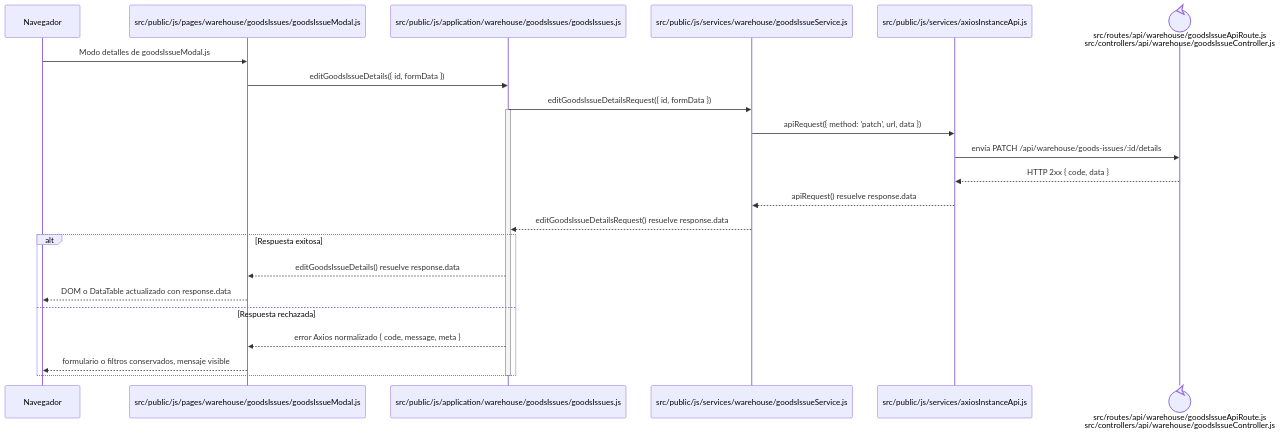
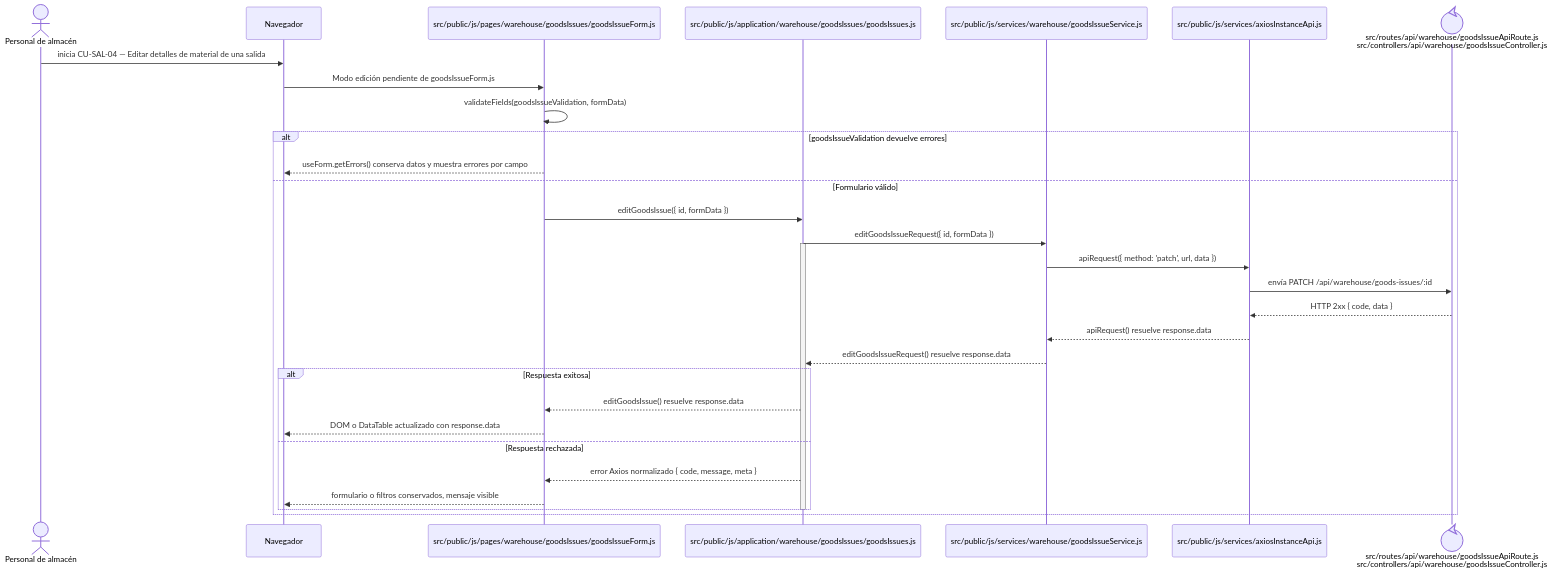
Before and after one commit to gpgsistemas01/nexus: the diagram in docs/architecture/frontend-code-sequences/issues/cu-sal-04.md, drawn with Mermaid. The commit also changed 105 other files, not shown here.

````diff
--- a/docs/architecture/frontend-code-sequences/issues/cu-sal-04.md
+++ b/docs/architecture/frontend-code-sequences/issues/cu-sal-04.md
@@ -6,27 +6,34 @@
 ```mermaid
 sequenceDiagram
+    actor Initiator as Personal de almacén
     participant Browser as Navegador
-    participant View as src/public/js/pages/warehouse/goodsIssues/goodsIssueModal.js
+    participant View as src/public/js/pages/warehouse/goodsIssues/goodsIssueForm.js
     participant Application as src/public/js/application/warehouse/goodsIssues/goodsIssues.js
     participant Request as src/public/js/services/warehouse/goodsIssueService.js
     participant HTTP as src/public/js/services/axiosInstanceApi.js
     participant Transport@{ "type": "control" } as src/routes/api/warehouse/goodsIssueApiRoute.js<br/>src/controllers/api/warehouse/goodsIssueController.js
 
-    Browser->>View: Modo detalles de goodsIssueModal.js
-    View->>Application: editGoodsIssueDetails({ id, formData })
-    Application->>Request: editGoodsIssueDetailsRequest({ id, formData })
-    activate Application
-    Request->>HTTP: apiRequest({ method: 'patch', url, data })
-    HTTP->>Transport: envía PATCH /api/warehouse/goods-issues/:id/details
-    Transport-->>HTTP: HTTP 2xx { code, data }
-    HTTP-->>Request: apiRequest() resuelve response.data
-    Request-->>Application: editGoodsIssueDetailsRequest() resuelve response.data
-    alt Respuesta exitosa
-        Application-->>View: editGoodsIssueDetails() resuelve response.data
-        View-->>Browser: DOM o DataTable actualizado con response.data
-    else Respuesta rechazada
-        Application-->>View: error Axios normalizado { code, message, meta }
-        View-->>Browser: formulario o filtros conservados, mensaje visible
+    Initiator->>Browser: inicia CU-SAL-04 — Editar detalles de material de una salida
+    Browser->>View: Modo edición pendiente de goodsIssueForm.js
+    View->>View: validateFields(goodsIssueValidation, formData)
+    alt goodsIssueValidation devuelve errores
+        View-->>Browser: useForm.getErrors() conserva datos y muestra errores por campo
+    else Formulario válido
+        View->>Application: editGoodsIssue({ id, formData })
+        Application->>Request: editGoodsIssueRequest({ id, formData })
+        activate Application
+        Request->>HTTP: apiRequest({ method: 'patch', url, data })
+        HTTP->>Transport: envía PATCH /api/warehouse/goods-issues/:id
+        Transport-->>HTTP: HTTP 2xx { code, data }
+        HTTP-->>Request: apiRequest() resuelve response.data
+        Request-->>Application: editGoodsIssueRequest() resuelve response.data
+        alt Respuesta exitosa
+            Application-->>View: editGoodsIssue() resuelve response.data
+            View-->>Browser: DOM o DataTable actualizado con response.data
+        else Respuesta rechazada
+            Application-->>View: error Axios normalizado { code, message, meta }
+            View-->>Browser: formulario o filtros conservados, mensaje visible
+        end
+        deactivate Application
     end
-    deactivate Application
 ```
````
